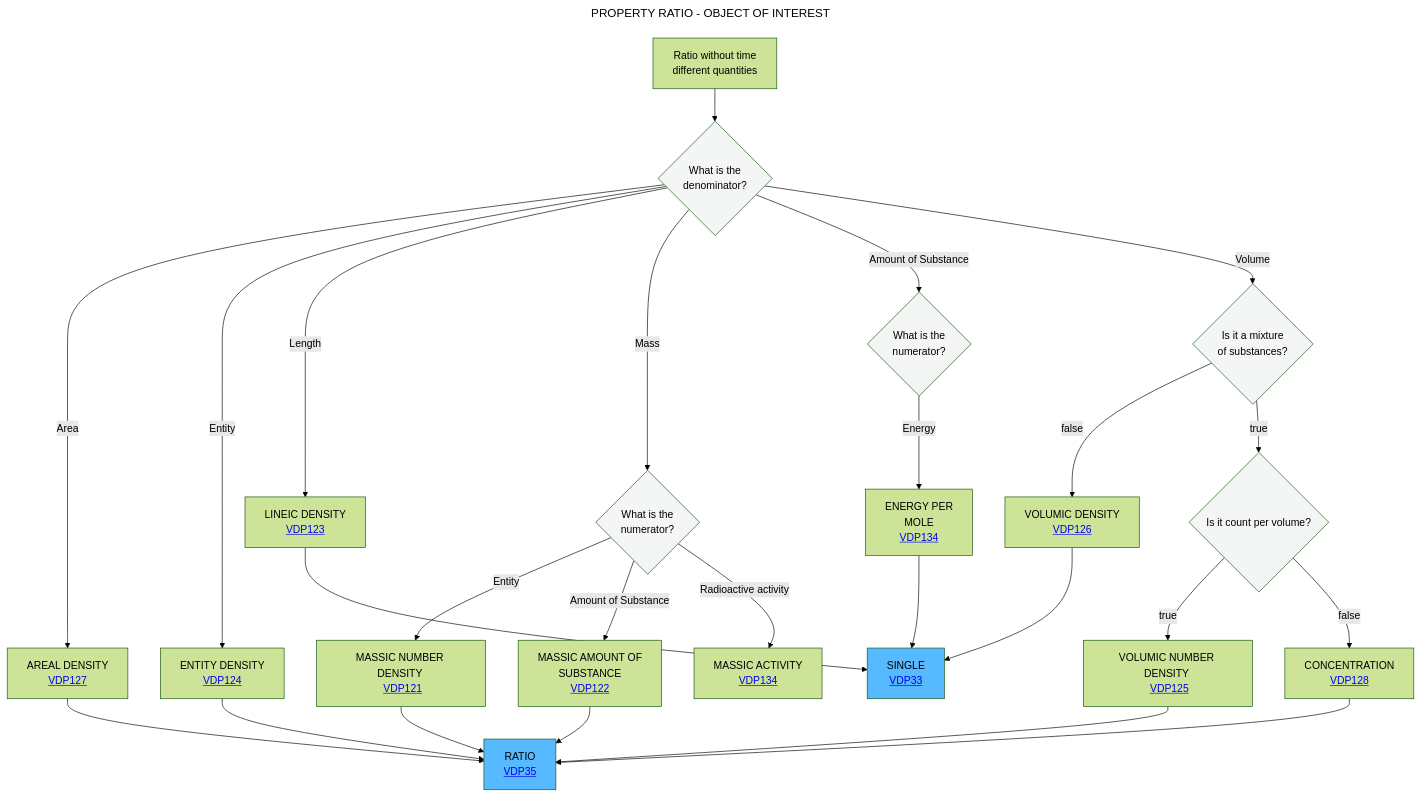
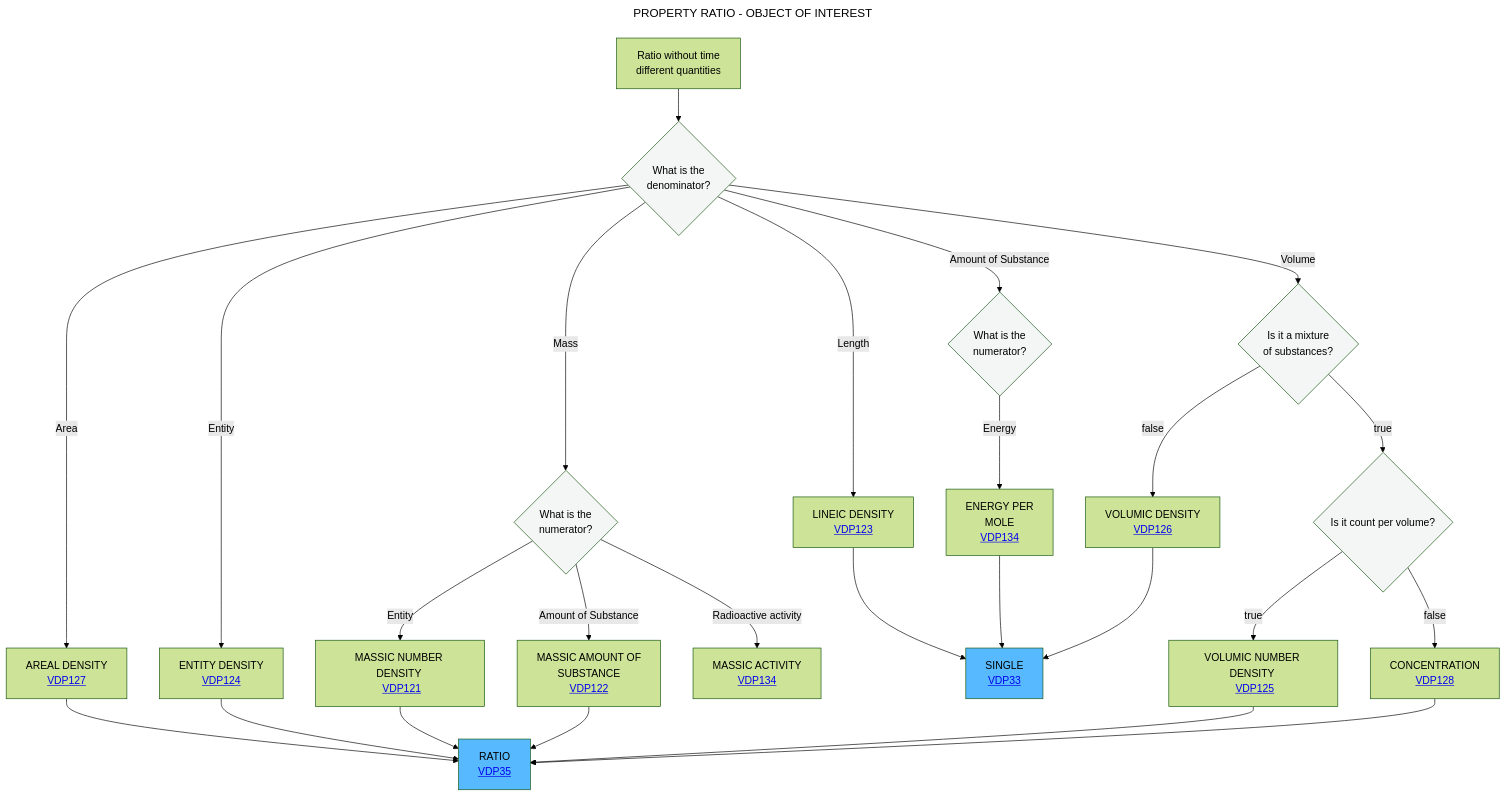
One commit to mabablue/I-ADOPT-patterns-playground changed the diagram in Decisition_trees/DT5.mmd. Above: the diagram before and after it, drawn with Mermaid (forest theme). The commit also changed other lines of this file, not shown here.

Commit message:
Fix duplicate line for Length in flowchart

```diff
--- a/Decisition_trees/DT5.mmd
+++ b/Decisition_trees/DT5.mmd
@@ -1,32 +1,32 @@
 ---
 title: PROPERTY RATIO - OBJECT OF INTEREST
 ---
 flowchart TD
     A[Ratio without time <br> different quantities] --> B{What is the <br> denominator?}:::white
     B -- Area -->C[AREAL DENSITY <br> <a href='https://github.com/mabablue/I-ADOPT-patterns-playground/blob/main/pattern/VDP127.yaml'>VDP127</a>]
     B -- Entity -->F[ENTITY DENSITY <br> <a href='https://github.com/mabablue/I-ADOPT-patterns-playground/blob/main/pattern/VDP124.yaml'>VDP124</a>]
+    B -- Mass -->E{What is the <br> numerator?}:::white
     B -- Length -->D[LINEIC DENSITY <br> <a href='https://github.com/mabablue/I-ADOPT-patterns-playground/blob/main/pattern/VDP123.yaml'>VDP123</a>]
-    B -- Mass -->E{What is the <br> numerator?}:::white
     B -- Amount of Substance --> R{What is the <br> numerator?}:::white
     E -- Entity --> L[MASSIC NUMBER DENSITY <br> <a href='https://github.com/mabablue/I-ADOPT-patterns-playground/blob/main/pattern/VDP121.yaml'>VDP121</a>]
     E -- Amount of Substance --> P[MASSIC AMOUNT OF <br> SUBSTANCE <br> <a href='https://github.com/mabablue/I-ADOPT-patterns-playground/blob/main/pattern/VDP122.yaml'>VDP122</a>]
     E -- Radioactive activity --> Q[MASSIC ACTIVITY <br> <a href='https://github.com/mabablue/I-ADOPT-patterns-playground/blob/main/pattern/VDP134.yaml'>VDP134</a>]
     B -- Volume -->G{Is it a mixture <br> of substances?}:::white
     G --> |false|H[VOLUMIC DENSITY <br> <a href='https://github.com/mabablue/I-ADOPT-patterns-playground/blob/main/pattern/VDP126.yaml'>VDP126</a>]
     G--> |true|J{Is it count per volume?}:::white
     J --> |true|I[VOLUMIC NUMBER DENSITY <br> <a href='https://github.com/mabablue/I-ADOPT-patterns-playground/blob/main/pattern/VDP125.yaml'>VDP125</a>]
     J --> |false|M[CONCENTRATION <br> <a href='https://github.com/mabablue/I-ADOPT-patterns-playground/blob/main/pattern/VDP128.yaml'>VDP128</a>]
     I --> N
     C --> N[RATIO <br> <a href='https://github.com/mabablue/I-ADOPT-patterns-playground/blob/main/pattern/VDP35.yaml'>VDP35</a>]:::satblue
     F --> N
     D --> O[SINGLE <br> <a href='https://github.com/mabablue/I-ADOPT-patterns-playground/blob/main/pattern/VDP33.yaml'>VDP33</a>]:::satblue
     R -- Energy --> S[ENERGY PER <br> MOLE <br> <a href='https://github.com/mabablue/I-ADOPT-patterns-playground/blob/main/pattern/VDP134.yaml'>VDP134</a>]
     H --> O
     L --> N
     P --> N
     M --> N
     S --> O
    classDef blue fill:#90D5FF
    classDef satblue fill:#57B9FF 
    classDef white fill:#f3f6f4
    classDef green fill:#6aa84f
```
